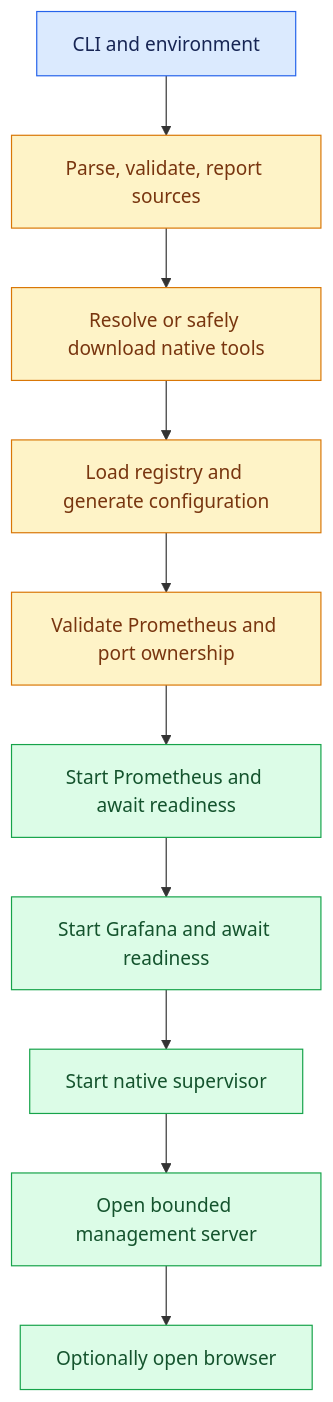
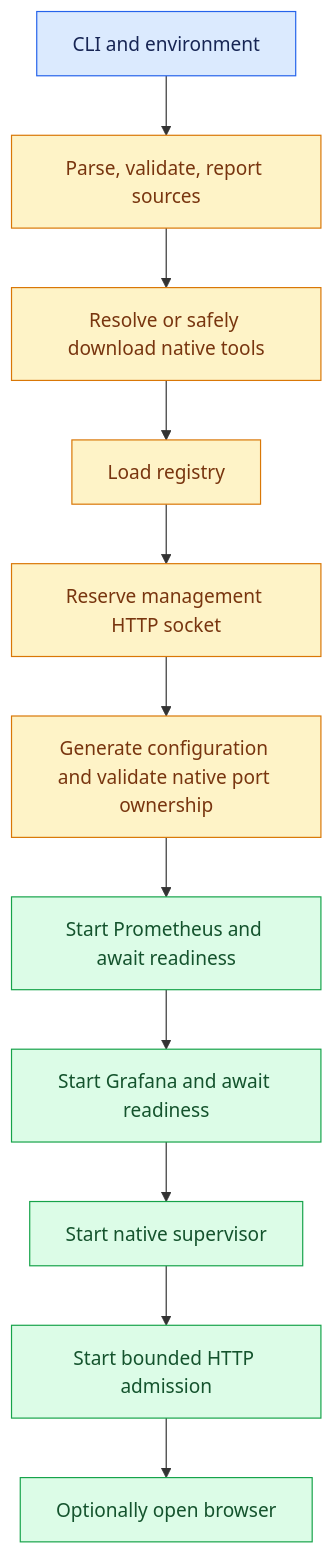
One commit to kmgowda/sbk-dashboard changed the second of 4 diagrams in docs/ARCHITECTURE.md. Above: the diagram before and after it, drawn with Mermaid. The commit also changed other lines of this file and 8 other files, not shown here.

````diff
--- a/docs/ARCHITECTURE.md
+++ b/docs/ARCHITECTURE.md
@@ -78,19 +80,20 @@
 ```mermaid
 flowchart TD
     Input[CLI and environment] --> Parse[Parse, validate, report sources]
     Parse --> Bootstrap[Resolve or safely download native tools]
-    Bootstrap --> Restore[Load registry and generate configuration]
-    Restore --> Validate[Validate Prometheus and port ownership]
+    Bootstrap --> Restore[Load registry]
+    Restore --> Reserve[Reserve management HTTP socket]
+    Reserve --> Validate[Generate configuration and validate native port ownership]
     Validate --> Prometheus[Start Prometheus and await readiness]
     Prometheus --> Grafana[Start Grafana and await readiness]
     Grafana --> Supervisor[Start native supervisor]
-    Supervisor --> HTTP[Open bounded management server]
+    Supervisor --> HTTP[Start bounded HTTP admission]
     HTTP --> Browser[Optionally open browser]
 
     classDef input fill:#dbeafe,stroke:#2563eb,color:#172554;
     classDef prepare fill:#fef3c7,stroke:#d97706,color:#78350f;
     classDef runtime fill:#dcfce7,stroke:#16a34a,color:#14532d;
     class Input input;
-    class Parse,Bootstrap,Restore,Validate prepare;
+    class Parse,Bootstrap,Restore,Reserve,Validate prepare;
     class Prometheus,Grafana,Supervisor,HTTP,Browser runtime;
 ```
````
